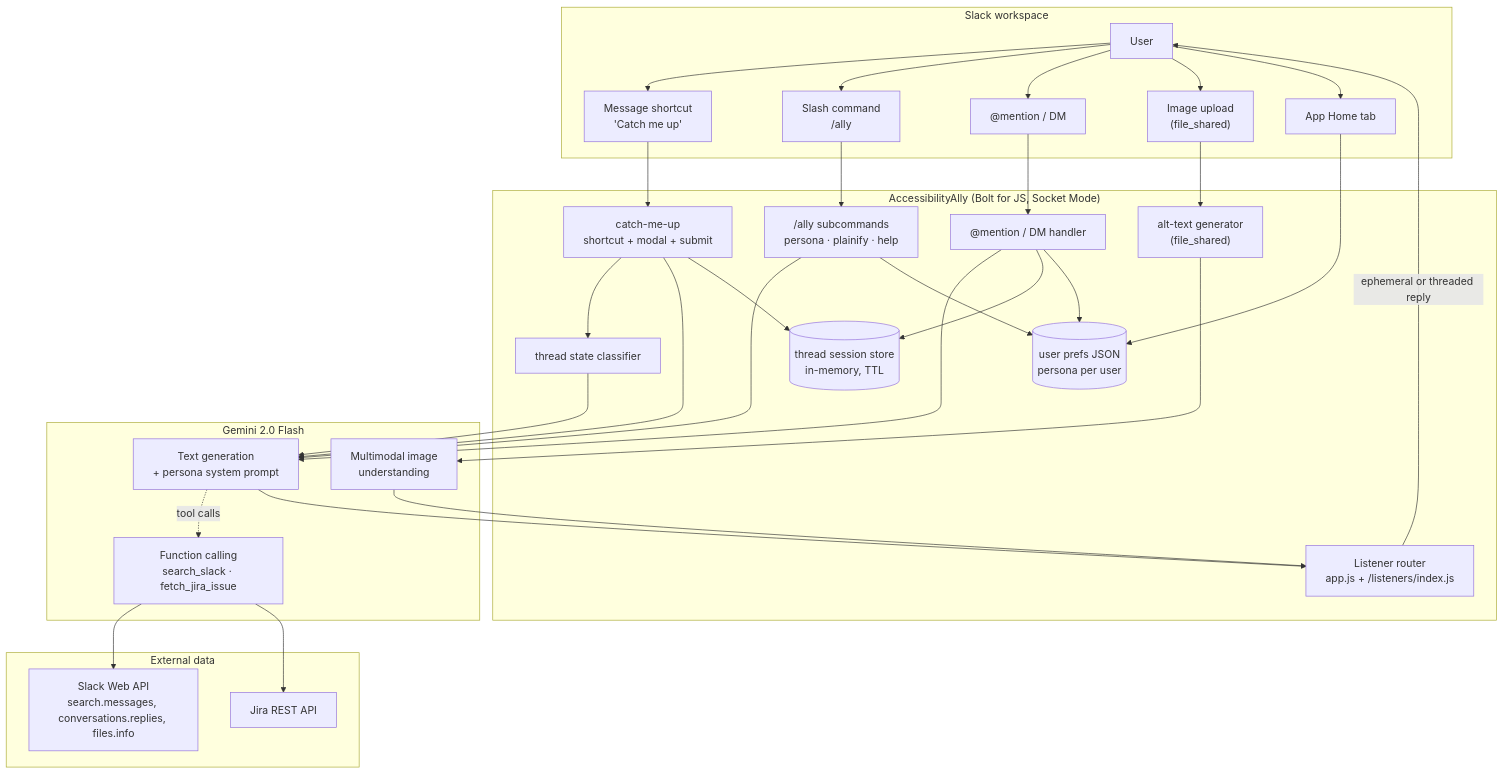
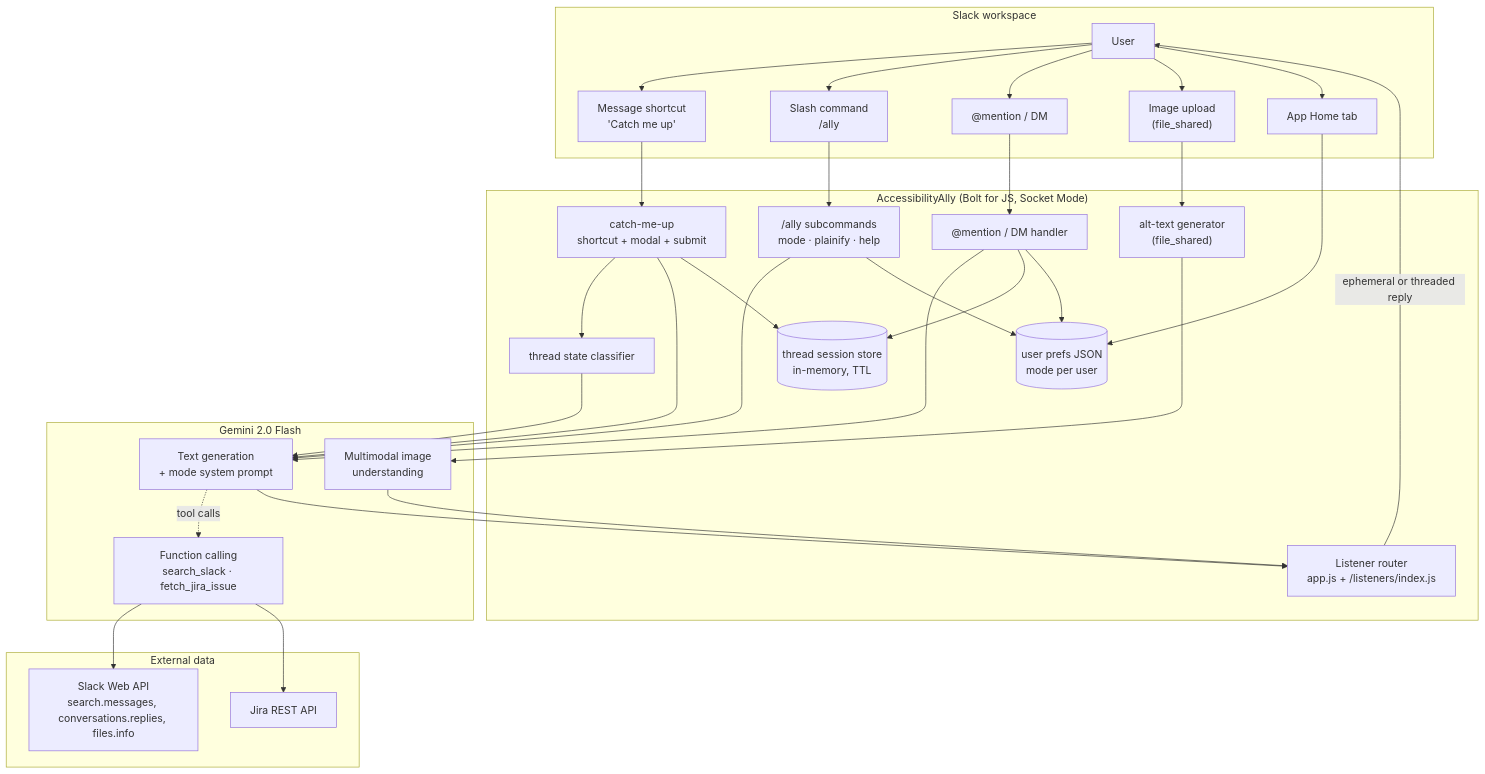
Before and after one commit to faketut/AccessibilityAlly: the first of 5 diagrams in README.md, drawn with Mermaid. The commit also changed other lines of this file and 20 other files, not shown here.

First line of the commit message:
refactor: rename persona -> mode across the codebase

````diff
--- a/README.md
+++ b/README.md
@@ -15,58 +15,58 @@
 ```mermaid
 flowchart TB
   subgraph slack["Slack workspace"]
     U[User]
     Shortcut["Message shortcut<br/>'Catch me up'"]
     Slash["Slash command<br/>/ally"]
     Mention["@mention / DM"]
     File["Image upload<br/>(file_shared)"]
     Home["App Home tab"]
   end
 
   subgraph ally["AccessibilityAlly (Bolt for JS, Socket Mode)"]
     Router["Listener router<br/>app.js + /listeners/index.js"]
     CatchUp["catch-me-up<br/>shortcut + modal + submit"]
-    Cmd["/ally subcommands<br/>persona · plainify · help"]
+    Cmd["/ally subcommands<br/>mode · plainify · help"]
     Chat["@mention / DM handler"]
     AltText["alt-text generator<br/>(file_shared)"]
     Classifier["thread state classifier"]
-    Prefs[("user prefs JSON<br/>persona per user")]
+    Prefs[("user prefs JSON<br/>mode per user")]
     Sessions[("thread session store<br/>in-memory, TTL")]
   end
 
   subgraph ai["Gemini 2.0 Flash"]
-    Text["Text generation<br/>+ persona system prompt"]
+    Text["Text generation<br/>+ mode system prompt"]
     Vision["Multimodal image<br/>understanding"]
     Tools["Function calling<br/>search_slack · fetch_jira_issue"]
   end
 
   subgraph external["External data"]
     SlackAPI["Slack Web API<br/>search.messages, conversations.replies, files.info"]
     Jira["Jira REST API"]
   end
 
   U --> Shortcut & Slash & Mention & File & Home
   Shortcut --> CatchUp
   Slash --> Cmd
   Mention --> Chat
   File --> AltText
   Home --> Prefs
 
   CatchUp --> Classifier --> Text
   CatchUp --> Text
   Cmd --> Text
   Chat --> Text
   AltText --> Vision
   Text -.tool calls.-> Tools
   Tools --> SlackAPI
   Tools --> Jira
 
   CatchUp --> Sessions
   Chat --> Sessions
   Cmd --> Prefs
   Chat --> Prefs
 
   Text --> Router
   Vision --> Router
   Router -->|ephemeral or threaded reply| U
 ```
````
